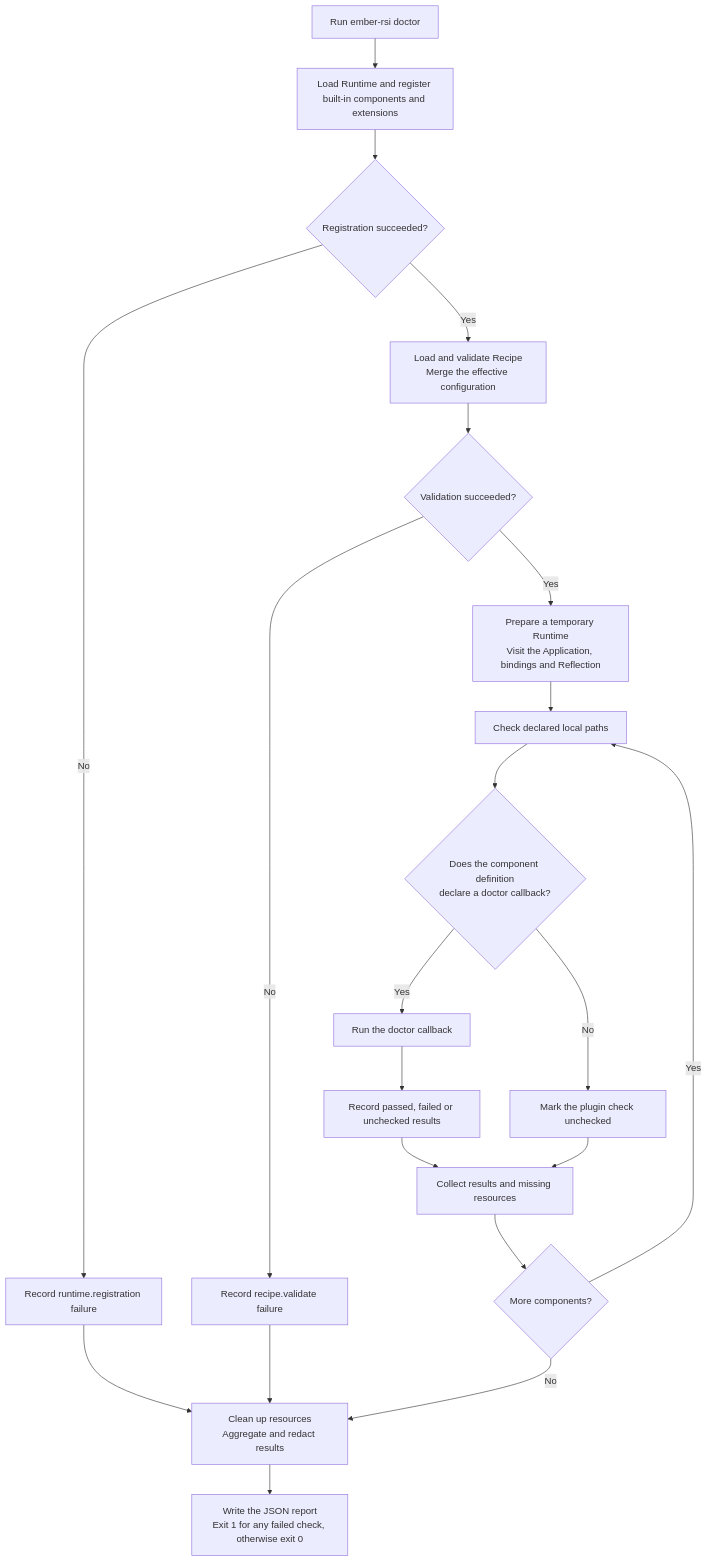
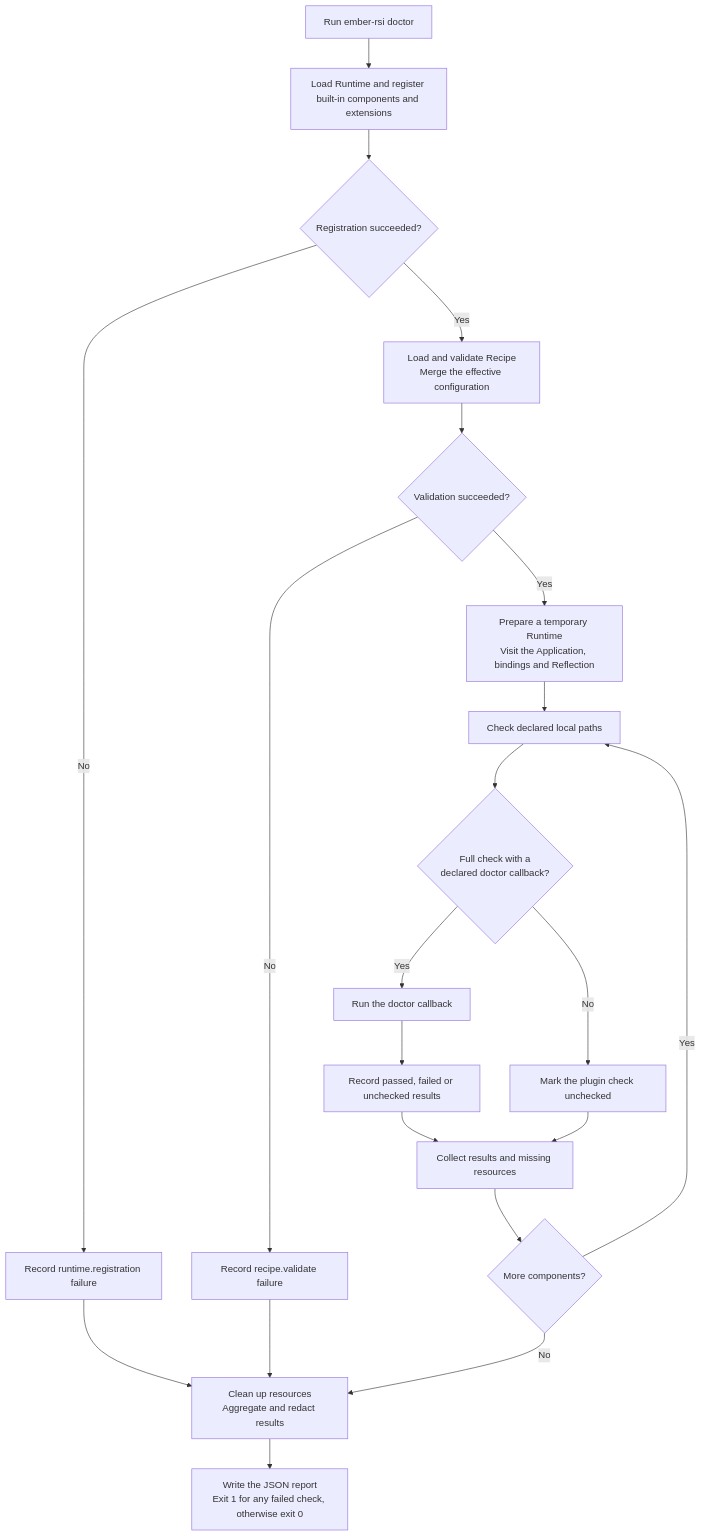
Before and after one commit to ARSI-LAB/ARSI: the diagram in docs/users/guides/doctor.md, drawn with Mermaid. The commit also changed other lines of this file and 7 other files, not shown here.

````diff
--- a/docs/users/guides/doctor.md
+++ b/docs/users/guides/doctor.md
@@ -22,23 +28,23 @@
 ```mermaid
 flowchart TD
     A["Run ember-rsi doctor"] --> B["Load Runtime and register built-in components and extensions"]
     B --> C{"Registration succeeded?"}
     C -- No --> D["Record runtime.registration failure"]
     C -- Yes --> E["Load and validate Recipe<br/>Merge the effective configuration"]
     E --> F{"Validation succeeded?"}
     F -- No --> G["Record recipe.validate failure"]
     F -- Yes --> H["Prepare a temporary Runtime<br/>Visit the Application, bindings and Reflection"]
     H --> I["Check declared local paths"]
-    I --> J{"Does the component definition<br/>declare a doctor callback?"}
+    I --> J{"Full check with a<br/>declared doctor callback?"}
     J -- Yes --> K["Run the doctor callback"]
     K --> Q["Record passed, failed or unchecked results"]
     J -- No --> L["Mark the plugin check unchecked"]
     Q --> M["Collect results and missing resources"]
     L --> M
     M --> N{"More components?"}
     N -- Yes --> I
     N -- No --> O["Clean up resources<br/>Aggregate and redact results"]
     D --> O
     G --> O
     O --> P["Write the JSON report<br/>Exit 1 for any failed check, otherwise exit 0"]
 ```
````
